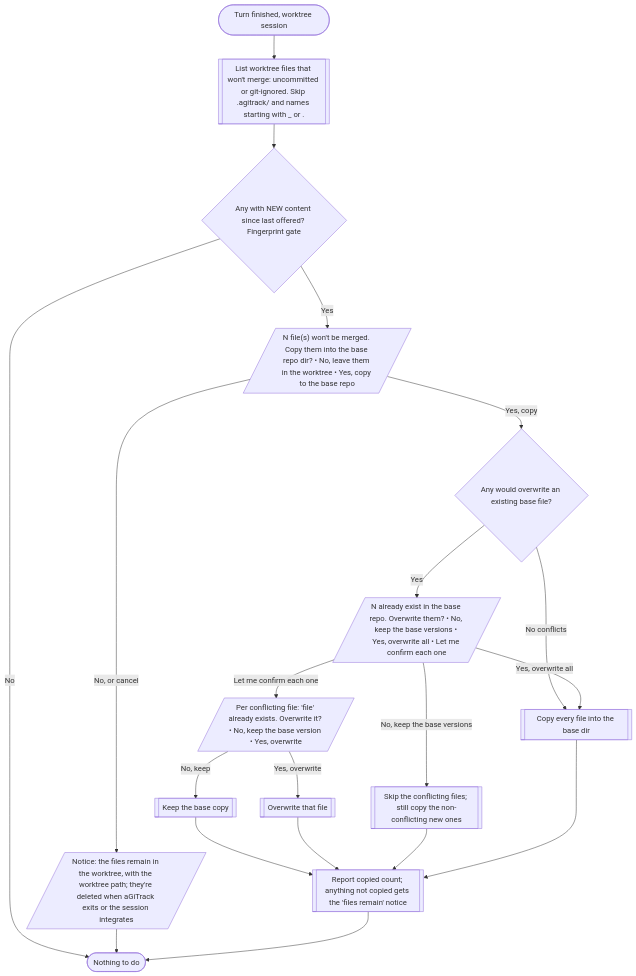
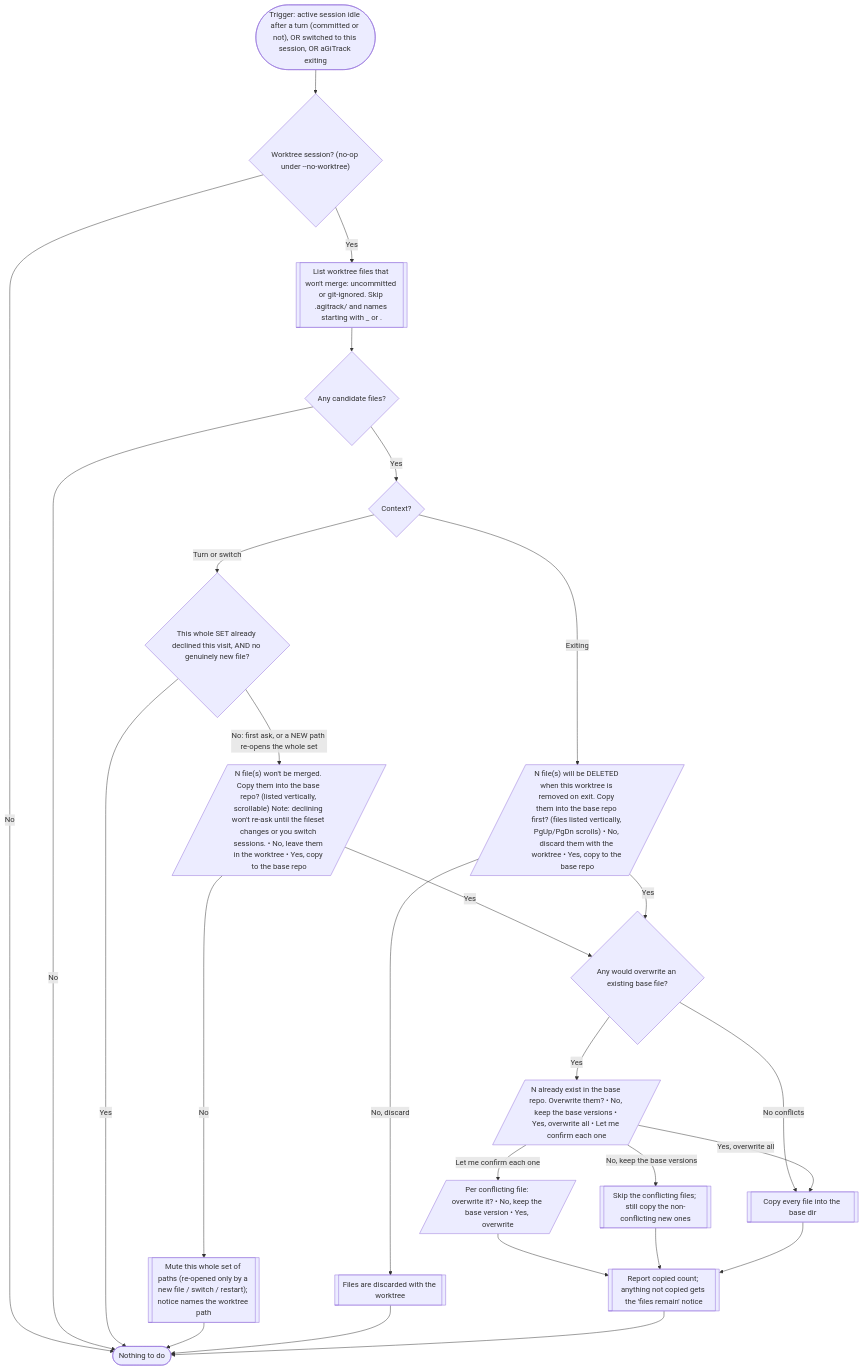
The seventh of 14 diagrams in docs/user-flow.md (core-aix/agitrack), drawn with Mermaid before and after one commit. The commit also changed other lines of this file and 7 other files, not shown here.

````diff
--- a/docs/user-flow.md
+++ b/docs/user-flow.md
@@ -215,25 +217,32 @@
 ```mermaid
 flowchart TD
-  start(["Turn finished, worktree session"]) --> gather[["List worktree files that won't merge: uncommitted or git-ignored. Skip .agitrack/ and names starting with _ or ."]]
-  gather --> fresh{"Any with NEW content since last offered? Fingerprint gate"}
-  fresh -->|No| done(["Nothing to do"])
-  fresh -->|Yes| offer[/"N file(s) won't be merged. Copy them into the base repo dir? • No, leave them in the worktree • Yes, copy to the base repo"/]
+  start(["Trigger: active session idle after a turn (committed or not), OR switched to this session, OR aGiTrack exiting"]) --> wtq{"Worktree session? (no-op under --no-worktree)"}
+  wtq -->|No| done(["Nothing to do"])
+  wtq -->|Yes| gather[["List worktree files that won't merge: uncommitted or git-ignored. Skip .agitrack/ and names starting with _ or ."]]
+  gather --> any{"Any candidate files?"}
+  any -->|No| done
+  any -->|Yes| ctx{"Context?"}
 
-  offer -->|No, or cancel| remain[/"Notice: the files remain in the worktree, with the worktree path; they're deleted when aGiTrack exits or the session integrates"/]
-  remain --> done
+  ctx -->|Exiting| offerx[/"N file(s) will be DELETED when this worktree is removed on exit. Copy them into the base repo first? (files listed vertically, PgUp/PgDn scrolls) • No, discard them with the worktree • Yes, copy to the base repo"/]
+  ctx -->|Turn or switch| muted{"This whole SET already declined this visit, AND no genuinely new file?"}
+  muted -->|Yes| done
+  muted -->|No: first ask, or a NEW path re-opens the whole set| offer[/"N file(s) won't be merged. Copy them into the base repo? (listed vertically, scrollable) Note: declining won't re-ask until the fileset changes or you switch sessions. • No, leave them in the worktree • Yes, copy to the base repo"/]
 
-  offer -->|Yes, copy| conflictq{"Any would overwrite an existing base file?"}
+  offer -->|No| mute[["Mute this whole set of paths (re-opened only by a new file / switch / restart); notice names the worktree path"]]
+  offerx -->|No, discard| disc[["Files are discarded with the worktree"]]
+  mute --> done
+  disc --> done
+
+  offer -->|Yes| conflictq{"Any would overwrite an existing base file?"}
+  offerx -->|Yes| conflictq
   conflictq -->|No conflicts| copyall[["Copy every file into the base dir"]]
   conflictq -->|Yes| ow[/"N already exist in the base repo. Overwrite them? • No, keep the base versions • Yes, overwrite all • Let me confirm each one"/]
 
   ow -->|No, keep the base versions| skipc[["Skip the conflicting files; still copy the non-conflicting new ones"]]
   ow -->|Yes, overwrite all| copyall
-  ow -->|Let me confirm each one| each[/"Per conflicting file: 'file' already exists. Overwrite it? • No, keep the base version • Yes, overwrite"/]
-  each -->|No, keep| skip1[["Keep the base copy"]]
-  each -->|Yes, overwrite| ov1[["Overwrite that file"]]
-  skip1 --> tally
-  ov1 --> tally
+  ow -->|Let me confirm each one| each[/"Per conflicting file: overwrite it? • No, keep the base version • Yes, overwrite"/]
+  each --> tally
   skipc --> tally
   copyall --> tally[["Report copied count; anything not copied gets the 'files remain' notice"]]
   tally --> done
 ```
````
